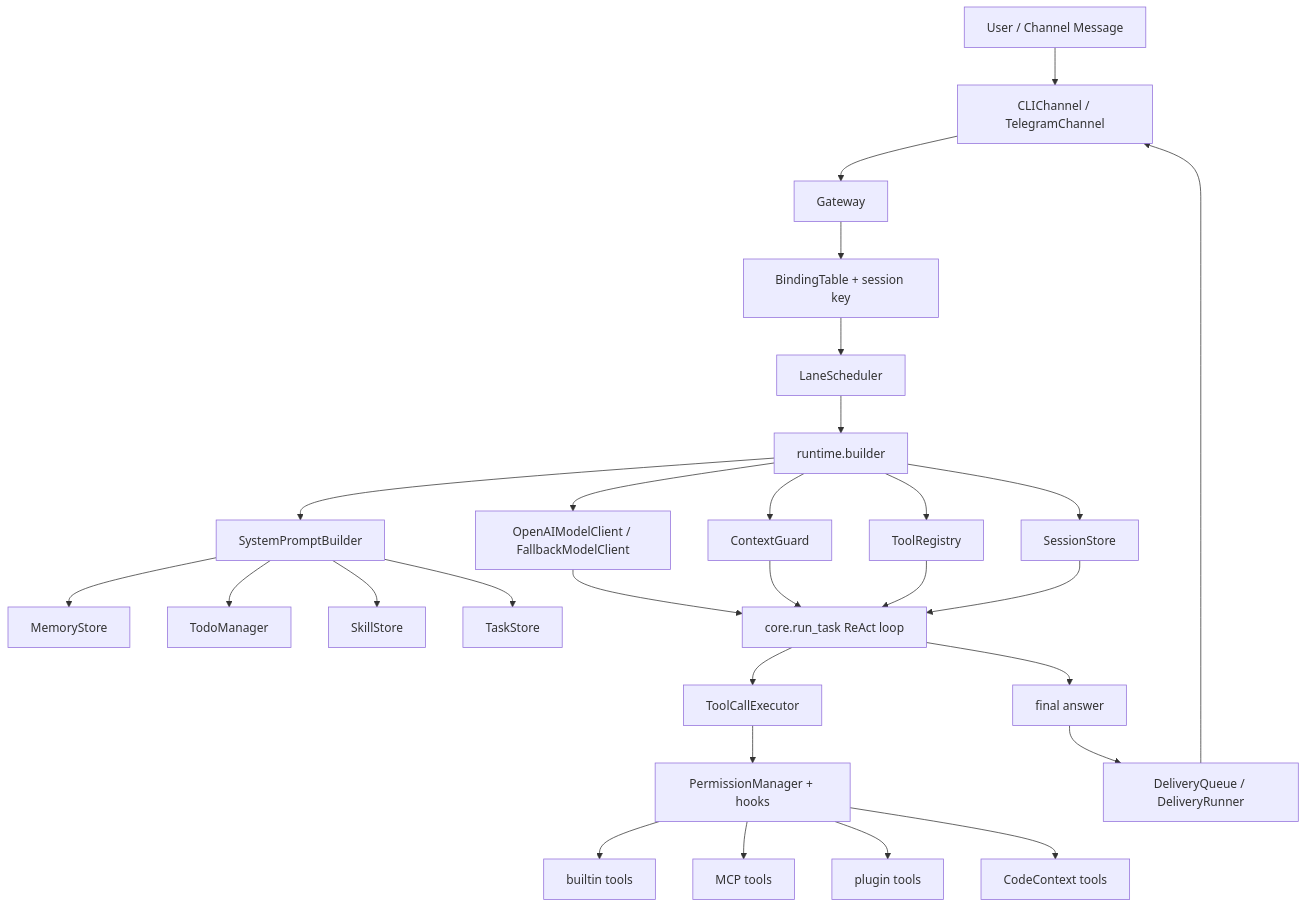
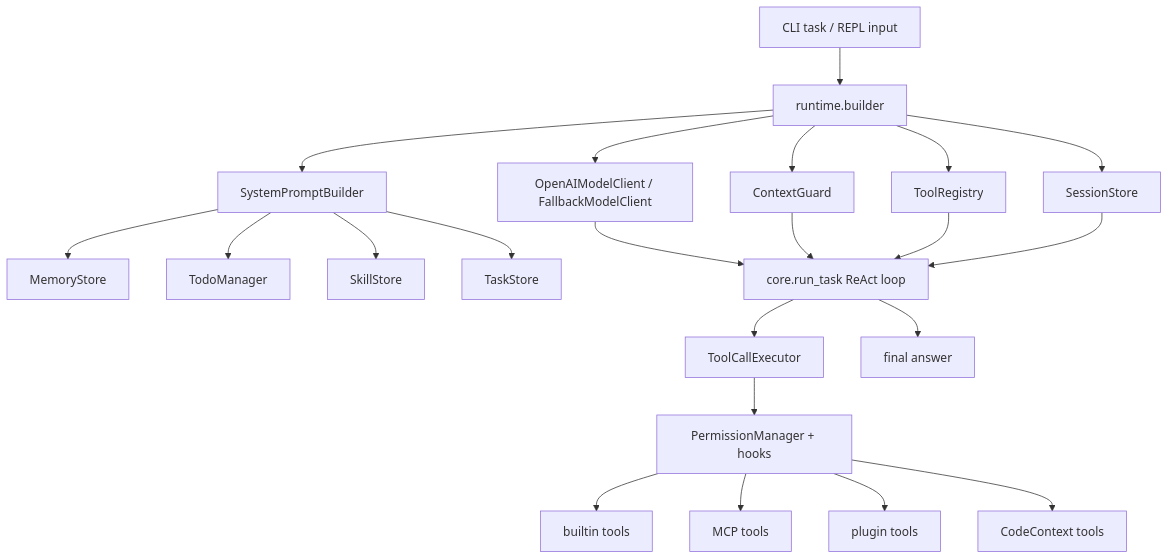
Before and after one commit to dahuangggg/zx-code: the diagram in README.md, drawn with Mermaid. The commit also changed other lines of this file and 97 other files, not shown here.

Commit message:
Refactor CLI runtime and improve code search

````diff
--- a/README.md
+++ b/README.md
@@ -70,35 +66,28 @@
 ```mermaid
 flowchart TD
-    User["User / Channel Message"] --> Channel["CLIChannel / TelegramChannel"]
-    Channel --> Gateway["Gateway"]
-    Gateway --> Binding["BindingTable + session key"]
-    Binding --> Lane["LaneScheduler"]
-    Lane --> Runtime["runtime.builder"]
-
+    CLI["CLI task / REPL input"] --> Runtime["runtime.builder"]
     Runtime --> Prompt["SystemPromptBuilder"]
     Runtime --> Context["ContextGuard"]
     Runtime --> Model["OpenAIModelClient / FallbackModelClient"]
     Runtime --> Tools["ToolRegistry"]
     Runtime --> Store["SessionStore"]
 
     Prompt --> Memory["MemoryStore"]
     Prompt --> Todo["TodoManager"]
     Prompt --> Skills["SkillStore"]
     Prompt --> Tasks["TaskStore"]
 
     Model --> Loop["core.run_task ReAct loop"]
     Context --> Loop
     Tools --> Loop
     Store --> Loop
 
     Loop --> Executor["ToolCallExecutor"]
     Executor --> Permission["PermissionManager + hooks"]
     Permission --> Builtins["builtin tools"]
     Permission --> MCP["MCP tools"]
     Permission --> Plugins["plugin tools"]
     Permission --> CodeContext["CodeContext tools"]
 
     Loop --> Reply["final answer"]
-    Reply --> Delivery["DeliveryQueue / DeliveryRunner"]
-    Delivery --> Channel
 ```
````
